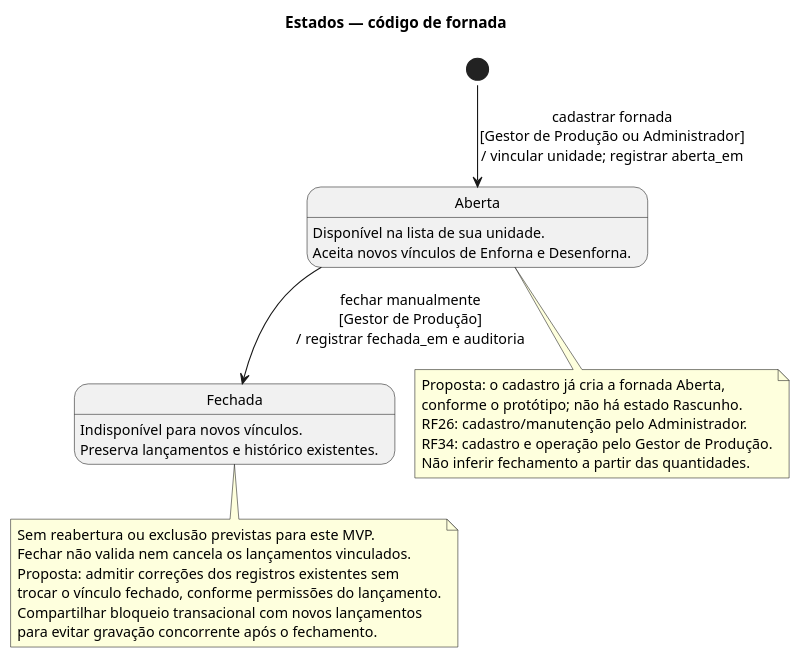
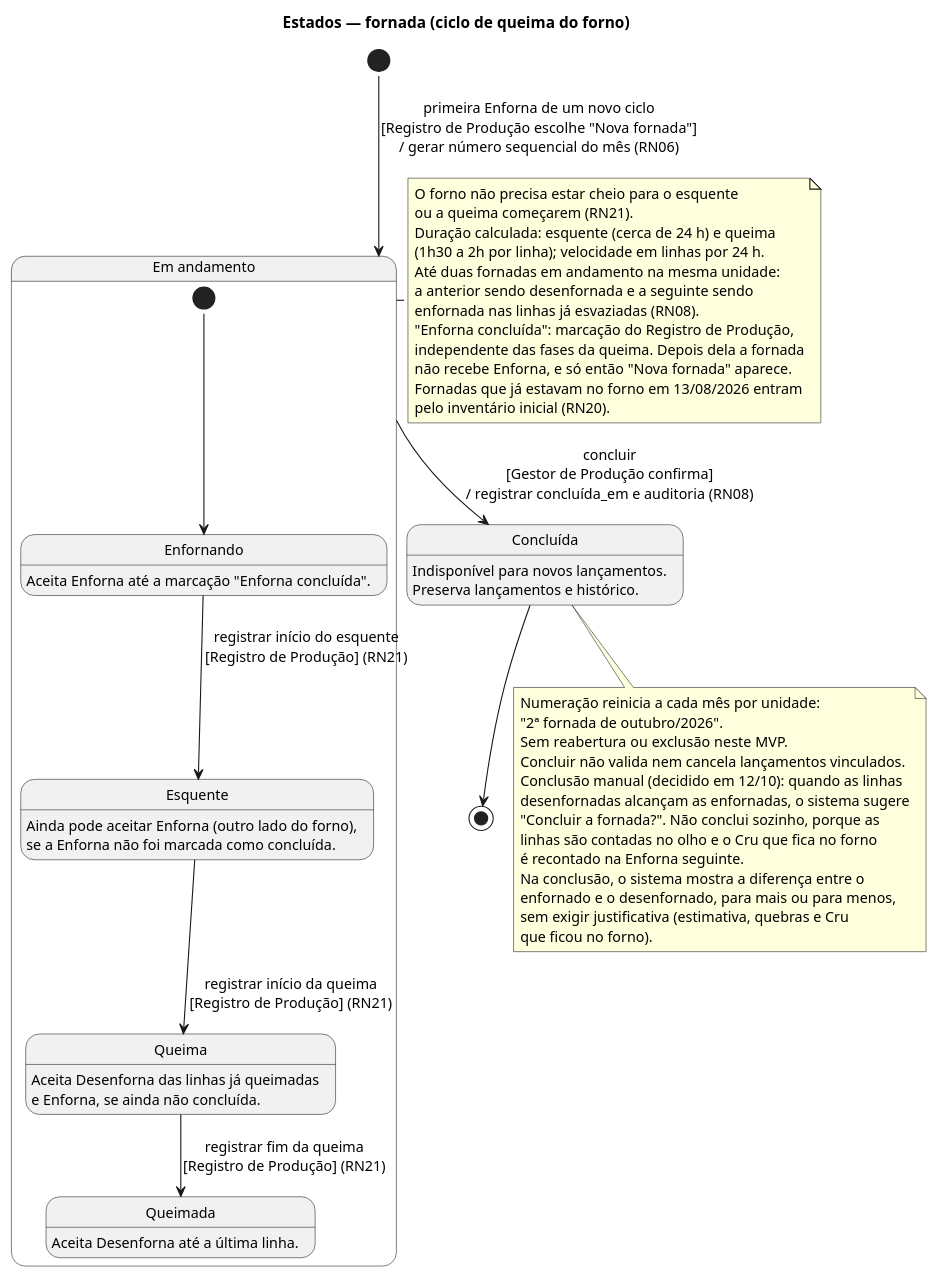
One commit to emilynerys/Projeto-Cer-mica-SOCRE changed the diagram in docs/uml/08_estados_fornada.puml. Above: the diagram before and after it, drawn with PlantUML. The commit also changed 21 other files, not shown here.

First line of the commit message:
Revisa os diagramas UML com o levantamento de outubro/2026

```diff
--- a/docs/uml/08_estados_fornada.puml
+++ b/docs/uml/08_estados_fornada.puml
@@ -1,36 +1,64 @@
 @startuml
 !pragma layout smetana
 skinparam shadowing false
 skinparam defaultFontName Arial
 skinparam defaultFontSize 13
 hide empty description
-title Estados — código de fornada
+title Estados — fornada (ciclo de queima do forno)
 
-state "Aberta" as Aberta
-state "Fechada" as Fechada
+state "Em andamento" as Andamento {
+  state "Enfornando" as Enfornando
+  state "Esquente" as Esquente
+  state "Queima" as Queima
+  state "Queimada" as Queimada
+  [*] --> Enfornando
+  Enfornando --> Esquente : registrar início do esquente\n[Registro de Produção] (RN21)
+  Esquente --> Queima : registrar início da queima\n[Registro de Produção] (RN21)
+  Queima --> Queimada : registrar fim da queima\n[Registro de Produção] (RN21)
+}
+state "Concluída" as Concluida
 
-[*] --> Aberta : cadastrar fornada\n[Gestor de Produção ou Administrador]\n/ vincular unidade; registrar aberta_em
-Aberta --> Fechada : fechar manualmente\n[Gestor de Produção]\n/ registrar fechada_em e auditoria
+[*] --> Andamento : primeira Enforna de um novo ciclo\n[Registro de Produção escolhe "Nova fornada"]\n/ gerar número sequencial do mês (RN06)
+Andamento --> Concluida : concluir\n[Gestor de Produção confirma]\n/ registrar concluída_em e auditoria (RN08)
+Concluida --> [*]
 
-Aberta : Disponível na lista de sua unidade.
-Aberta : Aceita novos vínculos de Enforna e Desenforna.
-Fechada : Indisponível para novos vínculos.
-Fechada : Preserva lançamentos e histórico existentes.
+Enfornando : Aceita Enforna até a marcação "Enforna concluída".
+Esquente : Ainda pode aceitar Enforna (outro lado do forno),
+Esquente : se a Enforna não foi marcada como concluída.
+Queima : Aceita Desenforna das linhas já queimadas
+Queima : e Enforna, se ainda não concluída.
+Queimada : Aceita Desenforna até a última linha.
+Concluida : Indisponível para novos lançamentos.
+Concluida : Preserva lançamentos e histórico.
 
-note bottom of Aberta
-  Proposta: o cadastro já cria a fornada Aberta,
-  conforme o protótipo; não há estado Rascunho.
-  RF26: cadastro/manutenção pelo Administrador.
-  RF34: cadastro e operação pelo Gestor de Produção.
-  Não inferir fechamento a partir das quantidades.
+note right of Andamento
+  O forno não precisa estar cheio para o esquente
+  ou a queima começarem (RN21).
+  Duração calculada: esquente (cerca de 24 h) e queima
+  (1h30 a 2h por linha); velocidade em linhas por 24 h.
+  Até duas fornadas em andamento na mesma unidade:
+  a anterior sendo desenfornada e a seguinte sendo
+  enfornada nas linhas já esvaziadas (RN08).
+  "Enforna concluída": marcação do Registro de Produção,
+  independente das fases da queima. Depois dela a fornada
+  não recebe Enforna, e só então "Nova fornada" aparece.
+  Fornadas que já estavam no forno em 13/08/2026 entram
+  pelo inventário inicial (RN20).
 end note
 
-note bottom of Fechada
-  Sem reabertura ou exclusão previstas para este MVP.
-  Fechar não valida nem cancela os lançamentos vinculados.
-  Proposta: admitir correções dos registros existentes sem
-  trocar o vínculo fechado, conforme permissões do lançamento.
-  Compartilhar bloqueio transacional com novos lançamentos
-  para evitar gravação concorrente após o fechamento.
+note bottom of Concluida
+  Numeração reinicia a cada mês por unidade:
+  "2ª fornada de outubro/2026".
+  Sem reabertura ou exclusão neste MVP.
+  Concluir não valida nem cancela lançamentos vinculados.
+  Conclusão manual (decidido em 12/10): quando as linhas
+  desenfornadas alcançam as enfornadas, o sistema sugere
+  "Concluir a fornada?". Não conclui sozinho, porque as
+  linhas são contadas no olho e o Cru que fica no forno
+  é recontado na Enforna seguinte.
+  Na conclusão, o sistema mostra a diferença entre o
+  enfornado e o desenfornado, para mais ou para menos,
+  sem exigir justificativa (estimativa, quebras e Cru
+  que ficou no forno).
 end note
 @enduml
```
